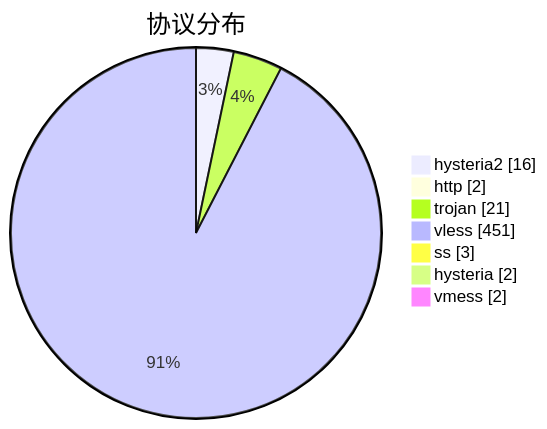
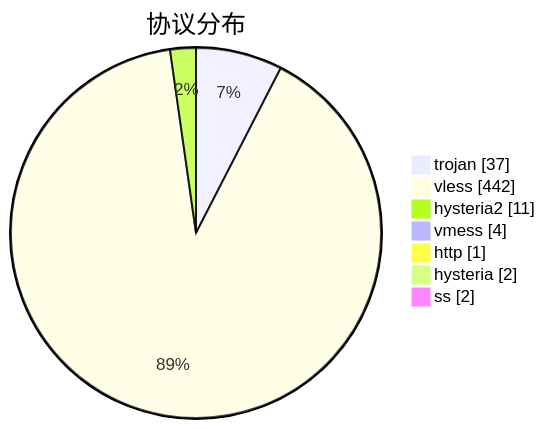
One commit to sinspired/airport changed the third of 3 diagrams in subs/statistics/tested_within.md. Above: the diagram before and after it, drawn with Mermaid. The commit also changed other lines of this file and 2 other files, not shown here.

````diff
--- a/subs/statistics/tested_within.md
+++ b/subs/statistics/tested_within.md
@@ -35,11 +33,11 @@
 ```mermaid
 pie showData
 title 协议分布
-"hysteria2" : 16
-"http" : 2
-"trojan" : 21
-"vless" : 451
-"ss" : 3
+"trojan" : 37
+"vless" : 442
+"hysteria2" : 11
+"vmess" : 4
+"http" : 1
 "hysteria" : 2
-"vmess" : 2
+"ss" : 2
 ```
````
